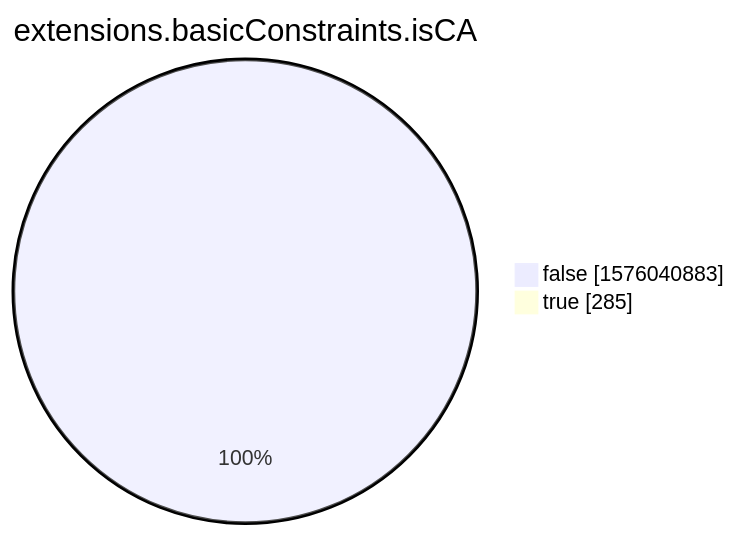
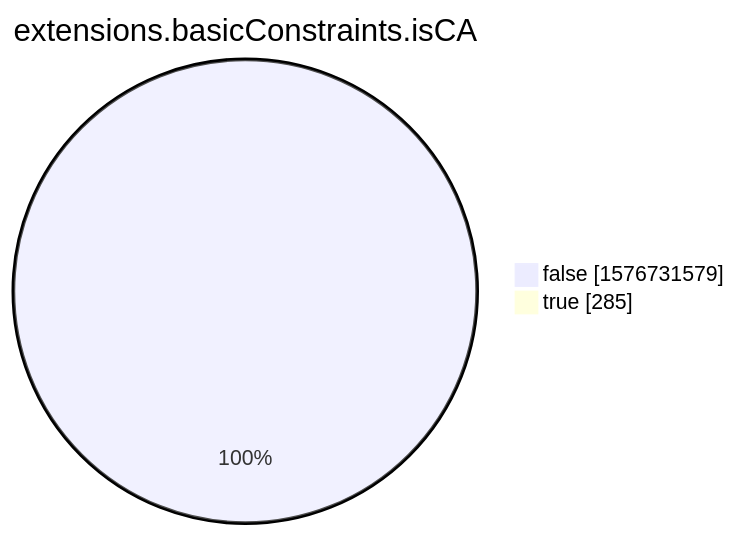
One commit to christiankrug/ctmonitor_visualization changed the eighth of 15 diagrams in xenon2022/README.md. Above: the diagram before and after it, drawn with Mermaid. The commit also changed other lines of this file, not shown here.

````diff
--- a/xenon2022/README.md
+++ b/xenon2022/README.md
@@ -2861,6 +2861,6 @@
 ```mermaid
 pie showData
 title extensions.basicConstraints.isCA
-"false" :1576040883
+"false" :1576731579
 "true" :285
 ```
````
